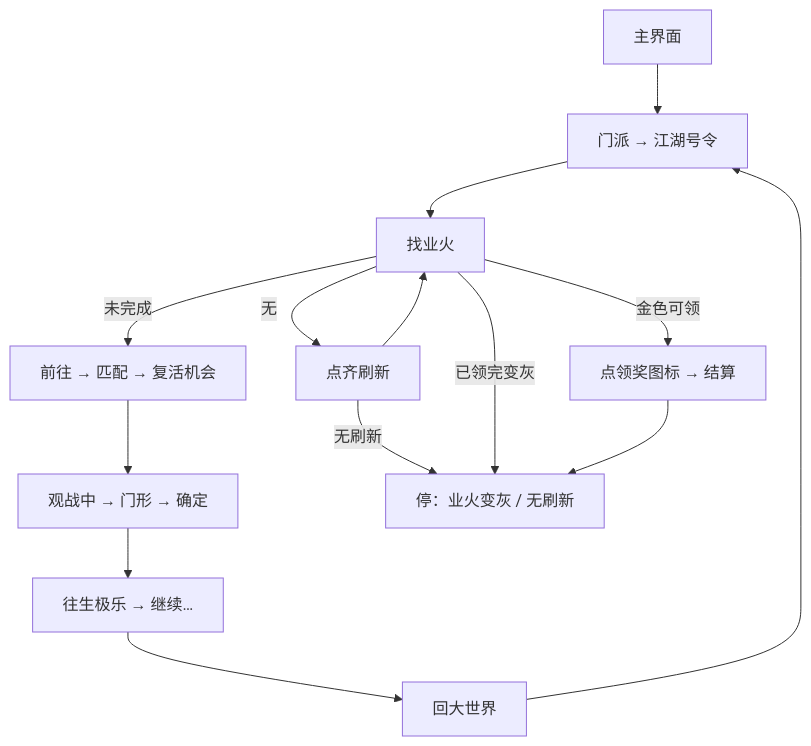
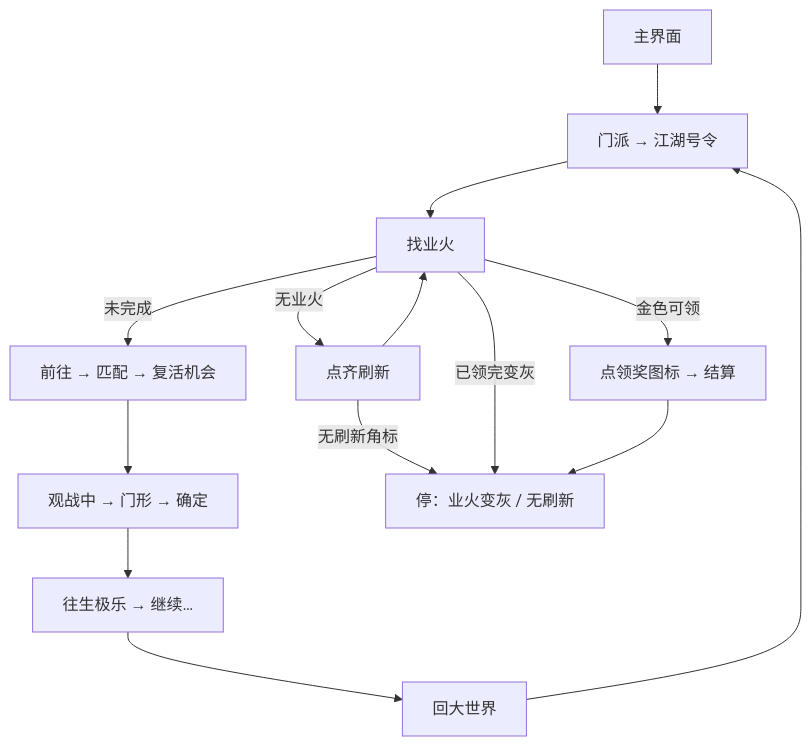
Before and after one commit to 82488059/MAAYY: the diagram in docs/zh_cn/tasks/每日号令.md, drawn with Mermaid. The commit also changed other lines of this file and 30 other files, not shown here.

````diff
--- a/docs/zh_cn/tasks/每日号令.md
+++ b/docs/zh_cn/tasks/每日号令.md
@@ -26,19 +26,19 @@
 ```mermaid
 flowchart TD
   main["主界面"]
   order["门派 → 江湖号令"]
   find["找业火"]
   refresh["点齐刷新"]
   match["前往 → 匹配 → 复活机会"]
   exit["观战中 → 门形 → 确定"]
   settle["往生极乐 → 继续…"]
   world["回大世界"]
   claim["点领奖图标 → 结算"]
   done["停：业火变灰 / 无刷新"]
   main --> order --> find
-  find -->|无| refresh --> find
-  refresh -->|无刷新| done
+  find -->|无业火| refresh --> find
+  refresh -->|无刷新角标| done
   find -->|已领完变灰| done
   find -->|金色可领| claim --> done
   find -->|未完成| match --> exit --> settle --> world --> order
 ```
````
